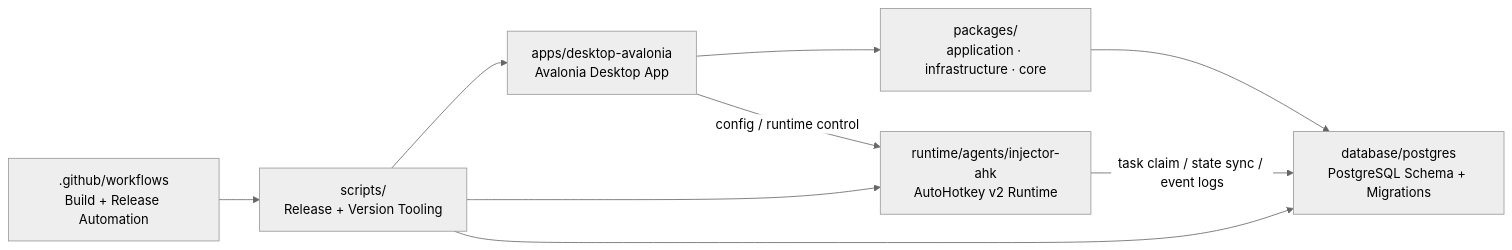
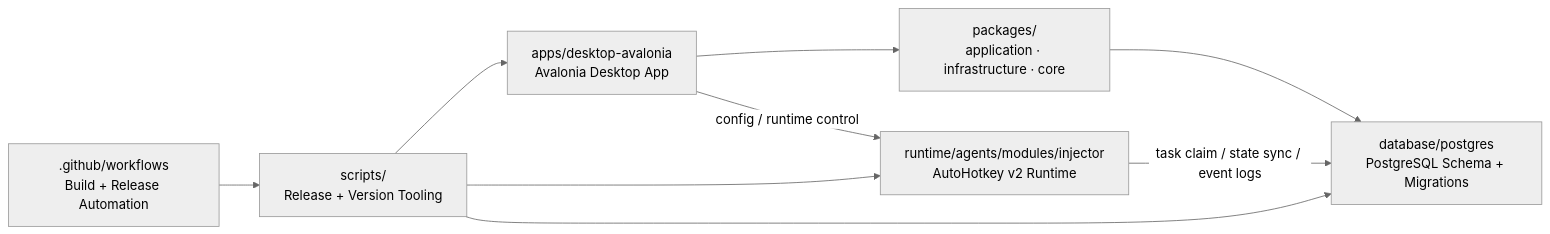
The diagram in README.md (pacmandoh/pactoolkits), drawn with Mermaid (neutral theme) before and after one commit. The commit also changed other lines of this file and 7 other files, not shown here.

First line of the commit message:
docs: align layout and release flow with Agents Host

````diff
--- a/README.md
+++ b/README.md
@@ -92,18 +91,18 @@
 ```mermaid
 flowchart LR
     DESKTOP["apps/desktop-avalonia\nAvalonia Desktop App"]
     PKG["packages/\napplication · infrastructure · core"]
-    AGENT["runtime/agents/injector-ahk\nAutoHotkey v2 Runtime"]
+    AGENT["runtime/agents/modules/injector\nAutoHotkey v2 Runtime"]
     DB["database/postgres\nPostgreSQL Schema + Migrations"]
     SCRIPTS["scripts/\nRelease + Version Tooling"]
     CI[".github/workflows\nBuild + Release Automation"]
 
     DESKTOP --> PKG
     DESKTOP -->|config / runtime control| AGENT
     AGENT -->|task claim / state sync / event logs| DB
     PKG --> DB
     SCRIPTS --> DESKTOP
     SCRIPTS --> AGENT
     SCRIPTS --> DB
     CI --> SCRIPTS
 ```
````
